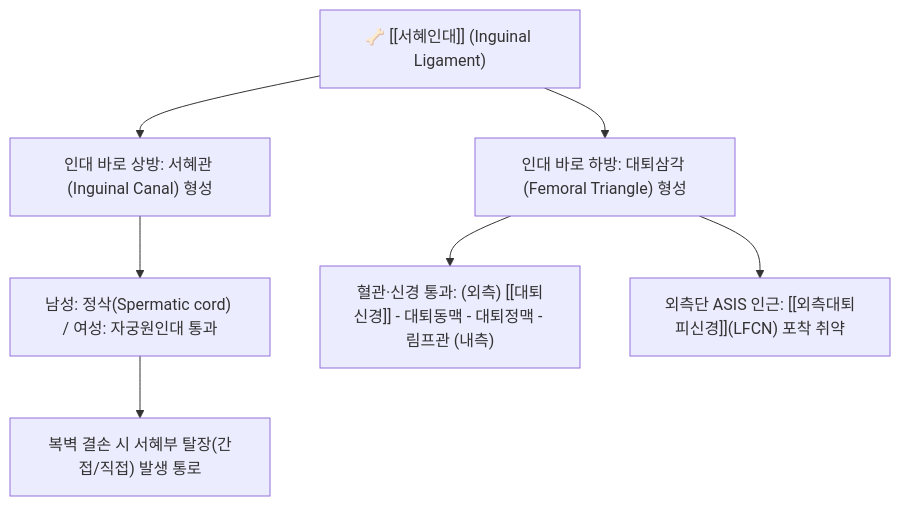
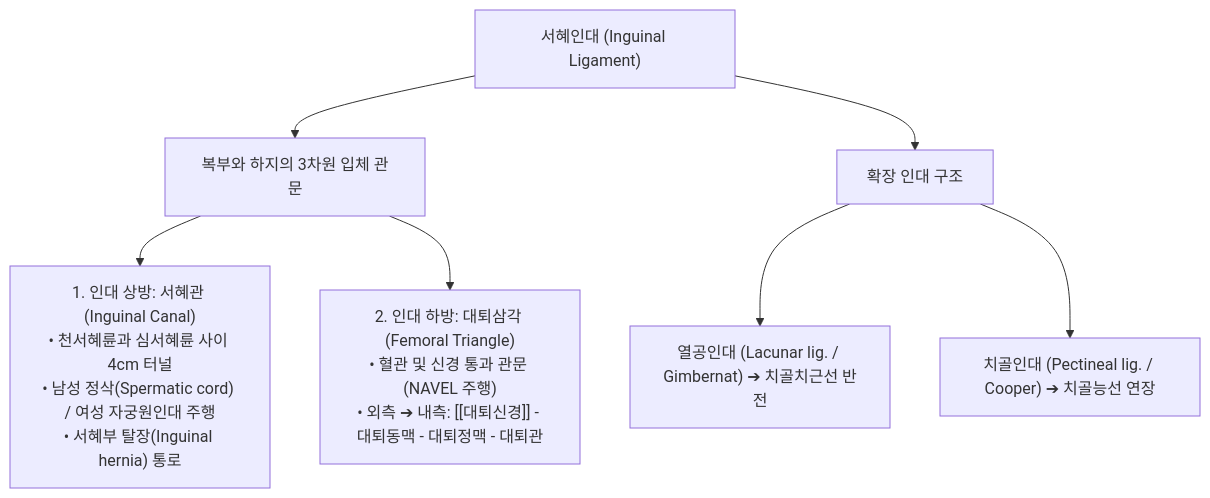
The diagram in content/1. 근골격계 공부/골격/05_골반/서혜인대.md (simbio11/simbio-digital-garden2), drawn with Mermaid before and after one commit. The commit also changed other lines of this file and 149 other files, not shown here.

````diff
--- a/content/1. 근골격계 공부/골격/05_골반/서혜인대.md
+++ b/content/1. 근골격계 공부/골격/05_골반/서혜인대.md
@@ -51,11 +37,11 @@
 ```mermaid
 graph TD
-    InguinalLig["🦴 [[서혜인대]] (Inguinal Ligament)"] --> Superior["인대 바로 상방: 서혜관 (Inguinal Canal) 형성"]
-    InguinalLig --> Inferior["인대 바로 하방: 대퇴삼각 (Femoral Triangle) 형성"]
-
-    Superior --> CanalStruct["남성: 정삭(Spermatic cord) / 여성: 자궁원인대 통과"]
-    CanalStruct --> HerniaRisk["복벽 결손 시 서혜부 탈장(간접/직접) 발생 통로"]
-
-    Inferior --> NAVEL["혈관·신경 통과: (외측) [[대퇴신경]] - 대퇴동맥 - 대퇴정맥 - 림프관 (내측)"]
-    Inferior --> Meralgia["외측단 ASIS 인근: [[외측대퇴피신경]](LFCN) 포착 취약"]
+    InguinalLig["서혜인대 (Inguinal Ligament)"] --> LandmarkRole["복부와 하지의 3차원 입체 관문"]
+    
+    LandmarkRole --> SuperiorCanal["1. 인대 상방: 서혜관 (Inguinal Canal)<br>• 천서혜륜과 심서혜륜 사이 4cm 터널<br>• 남성 정삭(Spermatic cord) / 여성 자궁원인대 주행<br>• 서혜부 탈장(Inguinal hernia) 통로"]
+    LandmarkRole --> InferiorTriangle["2. 인대 하방: 대퇴삼각 (Femoral Triangle)<br>• 혈관 및 신경 통과 관문 (NAVEL 주행)<br>• 외측 ➔ 내측: [[대퇴신경]] - 대퇴동맥 - 대퇴정맥 - 대퇴관"]
+    
+    InguinalLig --> Extensions["확장 인대 구조"]
+    Extensions --> Lacunar["열공인대 (Lacunar lig. / Gimbernat) ➔ 치골치근선 반전"]
+    Extensions --> Pectineal["치골인대 (Pectineal lig. / Cooper) ➔ 치골능선 연장"]
 ```
````
